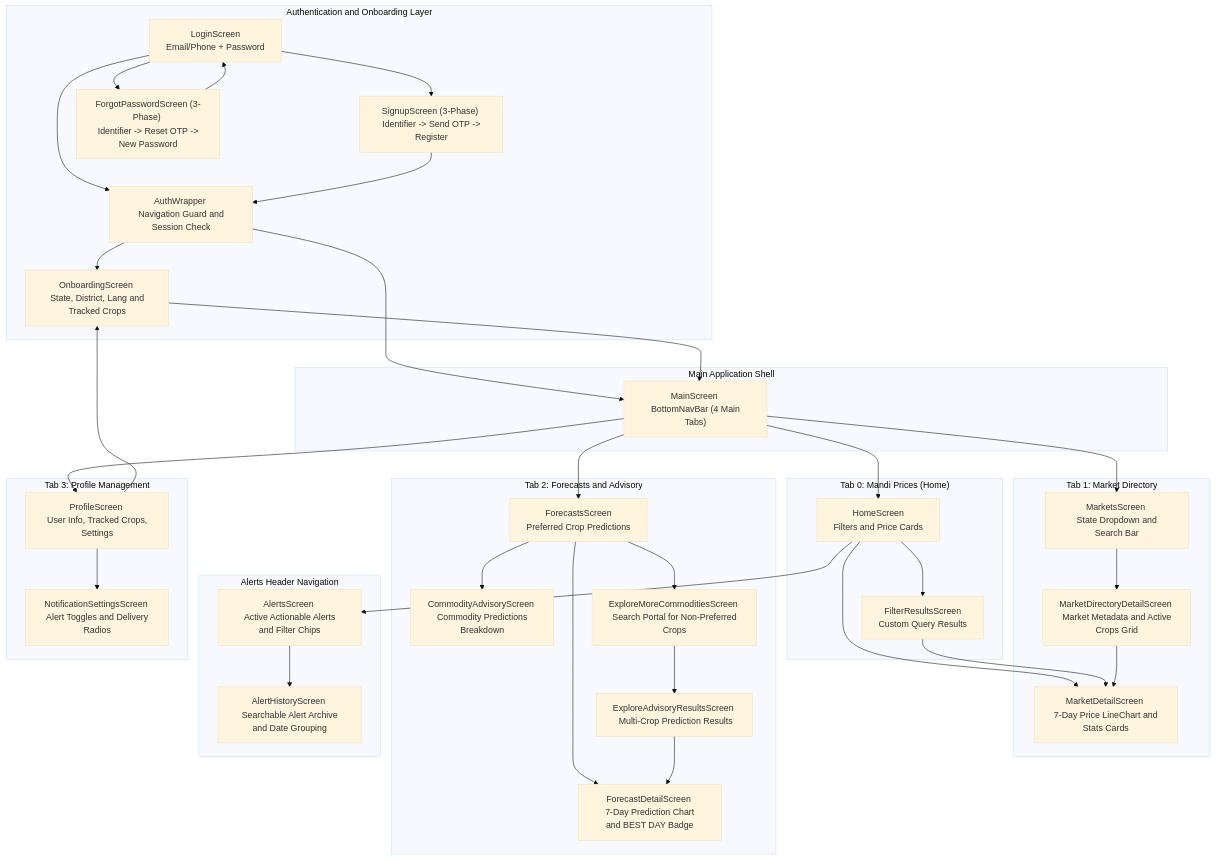
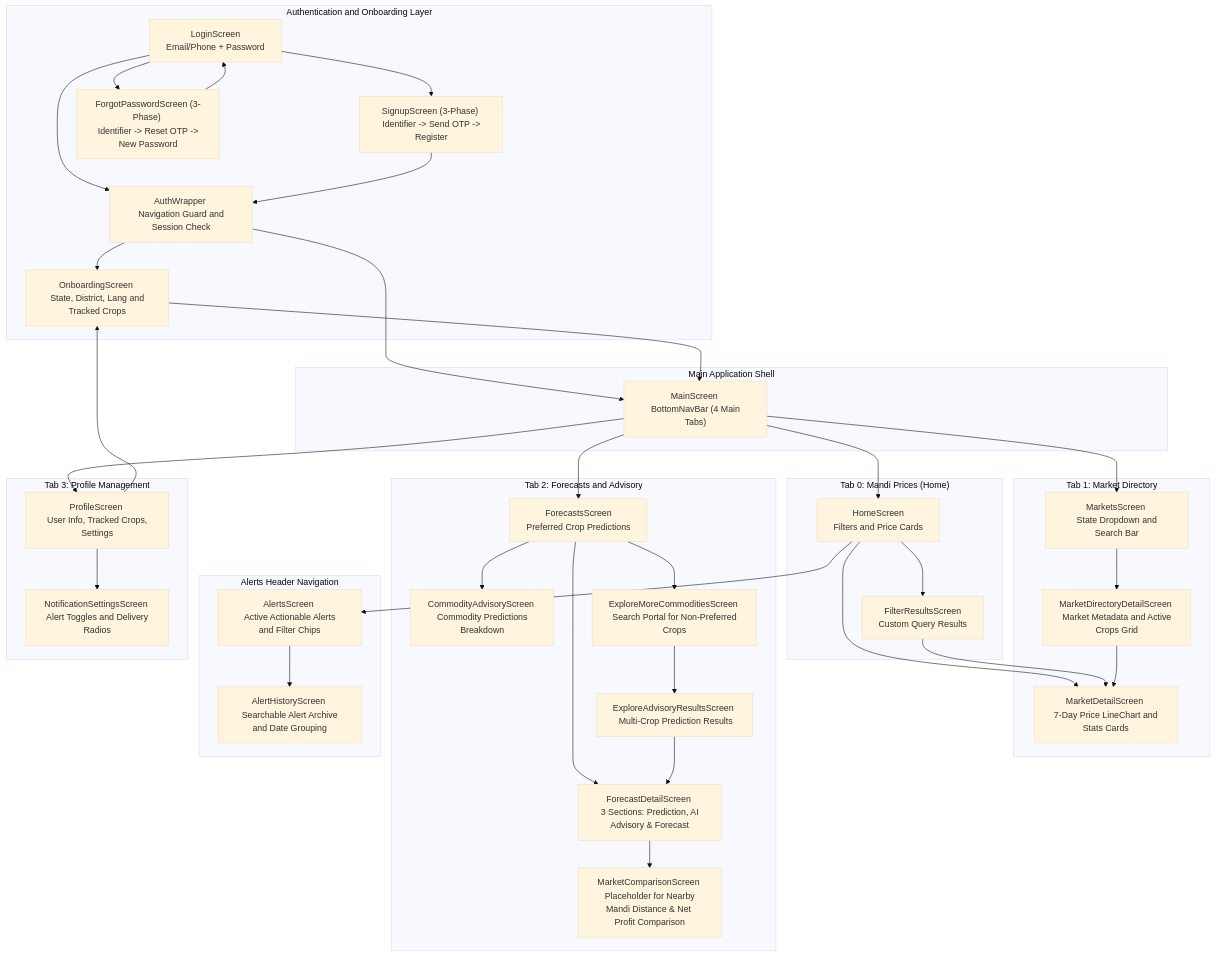
The third of 3 diagrams in agent_helper.md (Navaneeth832/mandi-intelligence-app), drawn with Mermaid (base theme) before and after one commit. The commit also changed other lines of this file, not shown here.

````diff
--- a/agent_helper.md
+++ b/agent_helper.md
@@ -295,70 +295,72 @@
 ```mermaid
 flowchart TB
     subgraph AuthLayer ["Authentication and Onboarding Layer"]
         AuthWrapper["AuthWrapper \n Navigation Guard and Session Check"]
         LoginScreen["LoginScreen \n Email/Phone + Password"]
         SignupScreen["SignupScreen (3-Phase) \n Identifier -> Send OTP -> Register"]
         ForgotPasswordScreen["ForgotPasswordScreen (3-Phase) \n Identifier -> Reset OTP -> New Password"]
         OnboardingScreen["OnboardingScreen \n State, District, Lang and Tracked Crops"]
     end
 
     subgraph AppHub ["Main Application Shell"]
         MainScreen["MainScreen \n BottomNavBar (4 Main Tabs)"]
     end
 
     subgraph HomeTab ["Tab 0: Mandi Prices (Home)"]
         HomeScreen["HomeScreen \n Filters and Price Cards"]
         FilterResultsScreen["FilterResultsScreen \n Custom Query Results"]
     end
 
     subgraph MarketsTab ["Tab 1: Market Directory"]
         MarketsScreen["MarketsScreen \n State Dropdown and Search Bar"]
         MarketDirectoryDetailScreen["MarketDirectoryDetailScreen \n Market Metadata and Active Crops Grid"]
         MarketDetailScreen["MarketDetailScreen \n 7-Day Price LineChart and Stats Cards"]
     end
 
     subgraph AdvisoryTab ["Tab 2: Forecasts and Advisory"]
         ForecastsScreen["ForecastsScreen \n Preferred Crop Predictions"]
         CommodityAdvisoryScreen["CommodityAdvisoryScreen \n Commodity Predictions Breakdown"]
         ExploreMoreCommoditiesScreen["ExploreMoreCommoditiesScreen \n Search Portal for Non-Preferred Crops"]
         ExploreAdvisoryResultsScreen["ExploreAdvisoryResultsScreen \n Multi-Crop Prediction Results"]
-        ForecastDetailScreen["ForecastDetailScreen \n 7-Day Prediction Chart and BEST DAY Badge"]
+        ForecastDetailScreen["ForecastDetailScreen \n 3 Sections: Prediction, AI Advisory & Forecast"]
+        MarketComparisonScreen["MarketComparisonScreen \n Placeholder for Nearby Mandi Distance & Net Profit Comparison"]
     end
 
     subgraph AlertsHeader ["Alerts Header Navigation"]
         AlertsScreen["AlertsScreen \n Active Actionable Alerts and Filter Chips"]
         AlertHistoryScreen["AlertHistoryScreen \n Searchable Alert Archive and Date Grouping"]
     end
 
     subgraph ProfileTab ["Tab 3: Profile Management"]
         ProfileScreen["ProfileScreen \n User Info, Tracked Crops, Settings"]
         NotificationSettingsScreen["NotificationSettingsScreen \n Alert Toggles and Delivery Radios"]
     end
 
     LoginScreen --> SignupScreen
     LoginScreen --> ForgotPasswordScreen
     LoginScreen --> AuthWrapper
     SignupScreen --> AuthWrapper
     ForgotPasswordScreen --> LoginScreen
     AuthWrapper --> OnboardingScreen
     AuthWrapper --> MainScreen
     OnboardingScreen --> MainScreen
     MainScreen --> HomeScreen
     MainScreen --> MarketsScreen
     MainScreen --> ForecastsScreen
     MainScreen --> ProfileScreen
     HomeScreen --> AlertsScreen
     AlertsScreen --> AlertHistoryScreen
     HomeScreen --> FilterResultsScreen
     HomeScreen --> MarketDetailScreen
     FilterResultsScreen --> MarketDetailScreen
     MarketsScreen --> MarketDirectoryDetailScreen
     MarketDirectoryDetailScreen --> MarketDetailScreen
     ForecastsScreen --> CommodityAdvisoryScreen
     ForecastsScreen --> ExploreMoreCommoditiesScreen
     ForecastsScreen --> ForecastDetailScreen
     ExploreMoreCommoditiesScreen --> ExploreAdvisoryResultsScreen
     ExploreAdvisoryResultsScreen --> ForecastDetailScreen
+    ForecastDetailScreen --> MarketComparisonScreen
     ProfileScreen --> OnboardingScreen
     ProfileScreen --> NotificationSettingsScreen
 ```
````
